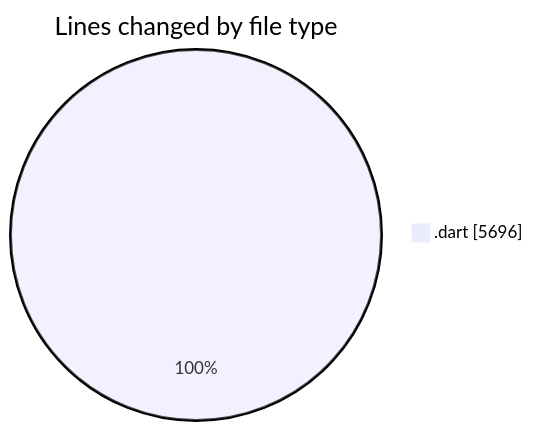
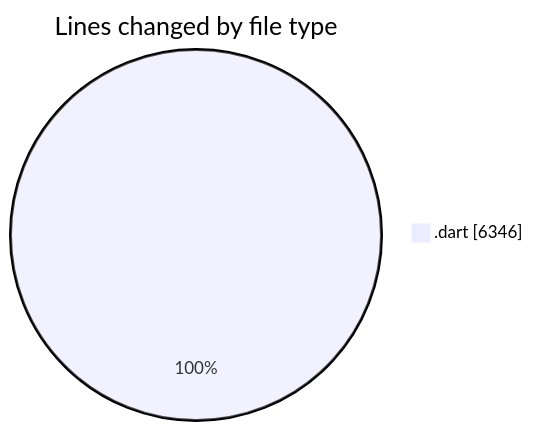
Before and after one commit to lephambinh05/code-tracking: the first of 2 diagrams in 2025-08-28/studybuddy/README.md, drawn with Mermaid. The commit also changed other lines of this file and 1 other file, not shown here.

````diff
--- a/2025-08-28/studybuddy/README.md
+++ b/2025-08-28/studybuddy/README.md
@@ -32,5 +34,5 @@
 ```mermaid
 pie showData
 title Lines changed by file type
-".dart" : 5696
+".dart" : 6346
 ```
````
